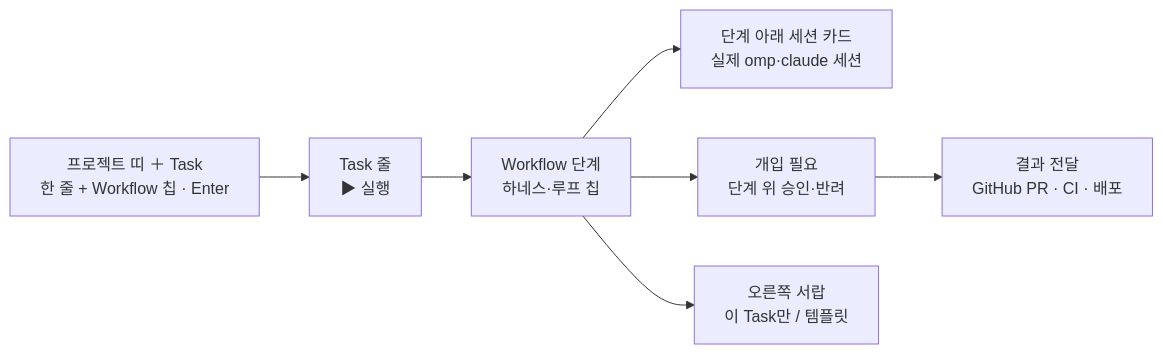
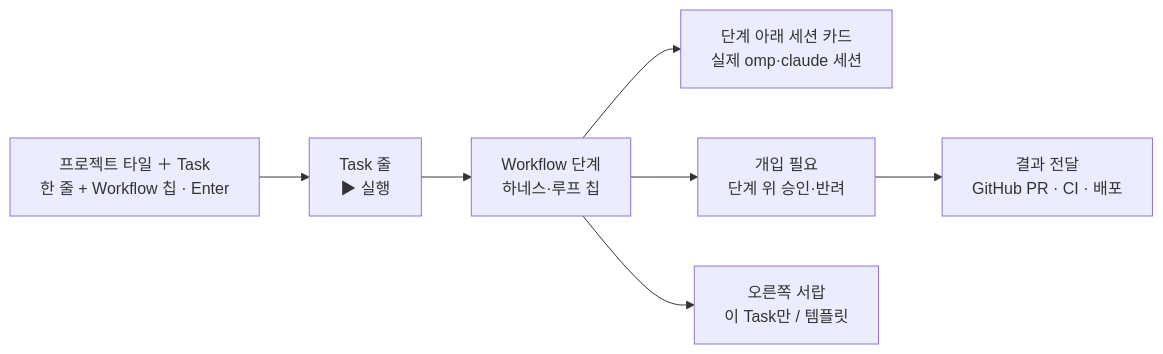
Before and after one commit to thdrmsqhd/omp-live-map: the first of 3 diagrams in docs/guide/engineering.md, drawn with Mermaid. The commit also changed other lines of this file and 19 other files, not shown here.

````diff
--- a/docs/guide/engineering.md
+++ b/docs/guide/engineering.md
@@ -12,9 +12,9 @@
 ```mermaid
 flowchart LR
-  B["프로젝트 띠 ＋ Task<br/>한 줄 + Workflow 칩 · Enter"] --> T["Task 줄<br/>▶ 실행"]
+  B["프로젝트 타일 ＋ Task<br/>한 줄 + Workflow 칩 · Enter"] --> T["Task 줄<br/>▶ 실행"]
   T --> S["Workflow 단계<br/>하네스·루프 칩"]
   S --> C["단계 아래 세션 카드<br/>실제 omp·claude 세션"]
   S --> I["개입 필요<br/>단계 위 승인·반려"]
   S --> D["오른쪽 서랍<br/>이 Task만 / 템플릿"]
   I --> H["결과 전달<br/>GitHub PR · CI · 배포"]
 ```
````
